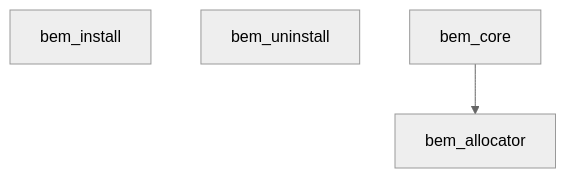
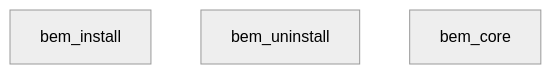
The diagram in README.md (intsuc/bem), drawn with Mermaid (neutral theme) before and after one commit. The commit also changed 5 other files, not shown here.

Commit message:
Remove `bem_allocator`

````diff
--- a/README.md
+++ b/README.md
@@ -7,6 +7,6 @@
 ```mermaid
 flowchart TD
   bem_install
   bem_uninstall
-  bem_core --> bem_allocator
+  bem_core
 ```
````
